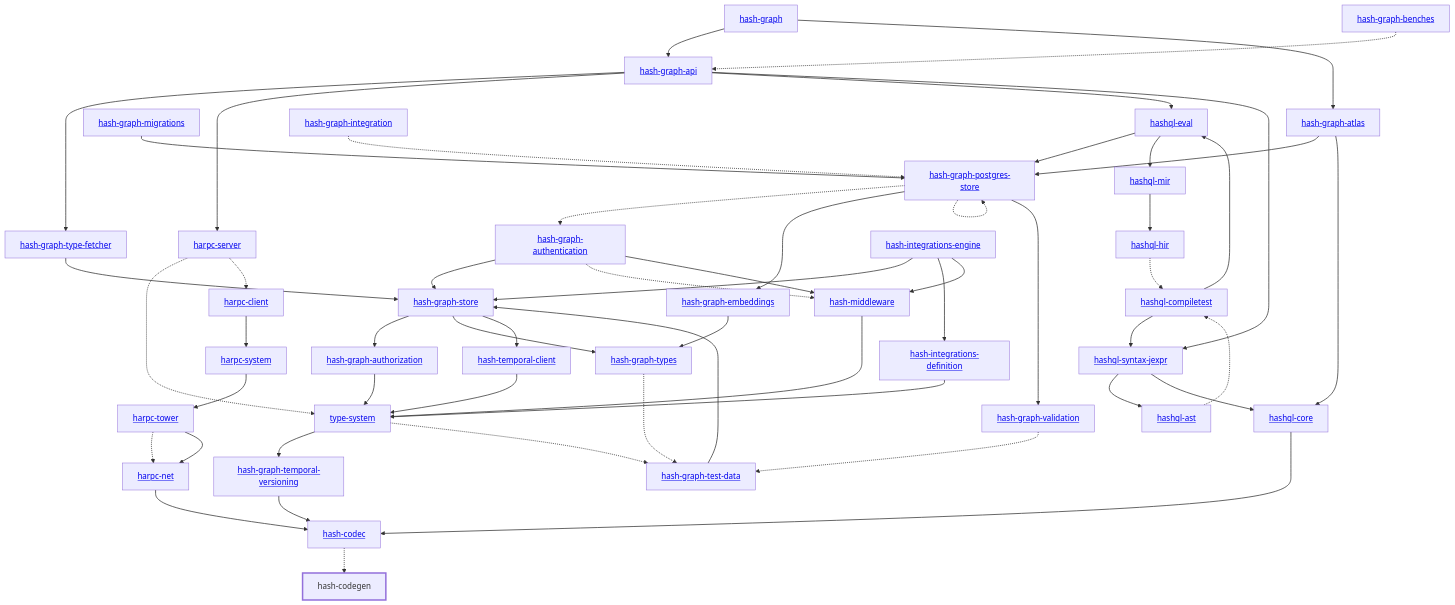
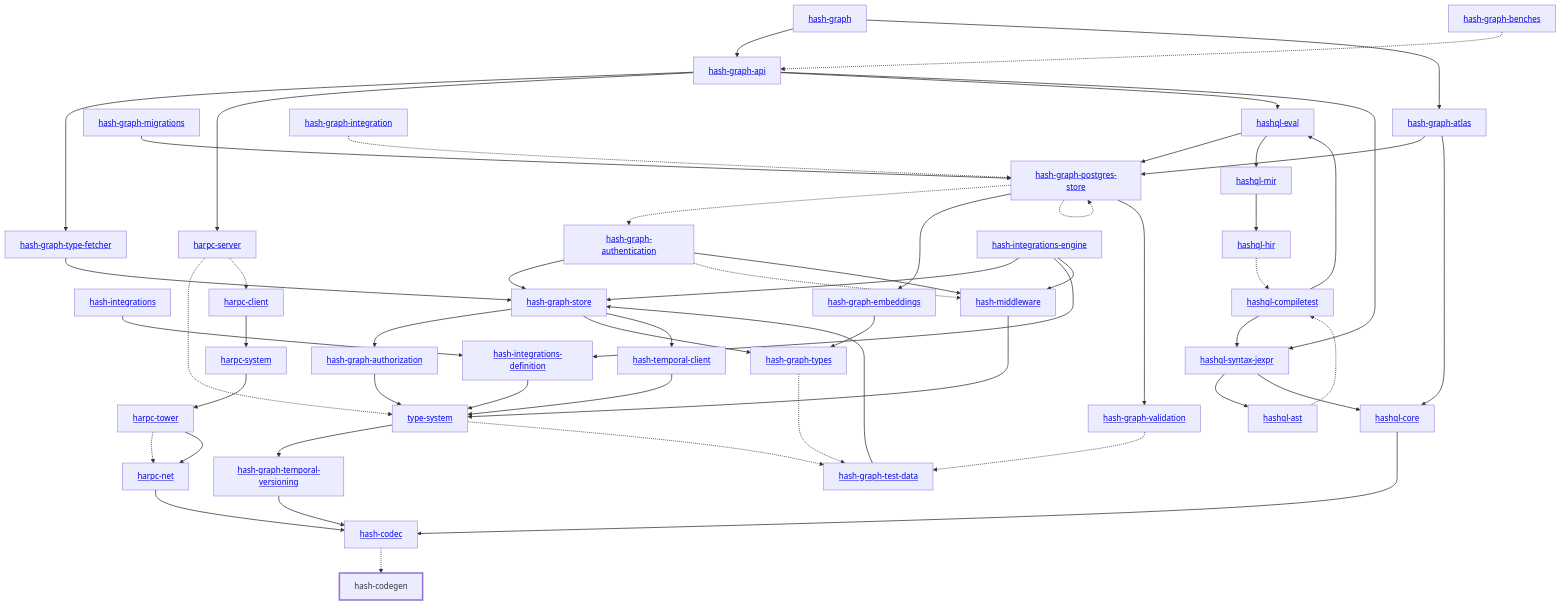
Before and after one commit to hashintel/hash: the diagram in libs/@local/codegen/docs/dependency-diagram.mmd, drawn with Mermaid. The commit also changed 17 other files, not shown here.

```diff
--- a/libs/@local/codegen/docs/dependency-diagram.mmd
+++ b/libs/@local/codegen/docs/dependency-diagram.mmd
@@ -1,100 +1,102 @@
 graph TD
     linkStyle default stroke-width:1.5px
     classDef default stroke-width:1px
     classDef root stroke-width:3px
     classDef dev stroke-width:1px
     classDef build stroke-width:1px
     %% Legend
     %% --> : Normal dependency
     %% -.-> : Dev dependency
     %% ---> : Build dependency
     0[<a href="../hash_graph/index.html">hash-graph</a>]
-    1[<a href="../type_system/index.html">type-system</a>]
-    2[<a href="../hash_codec/index.html">hash-codec</a>]
-    3[hash-codegen]
-    class 3 root
-    4[<a href="../hash_graph_api/index.html">hash-graph-api</a>]
-    5[<a href="../hash_graph_atlas/index.html">hash-graph-atlas</a>]
-    6[<a href="../hash_graph_authentication/index.html">hash-graph-authentication</a>]
-    7[<a href="../hash_graph_authorization/index.html">hash-graph-authorization</a>]
-    8[<a href="../hash_graph_embeddings/index.html">hash-graph-embeddings</a>]
-    9[<a href="../hash_graph_migrations/index.html">hash-graph-migrations</a>]
-    10[<a href="../hash_graph_postgres_store/index.html">hash-graph-postgres-store</a>]
-    11[<a href="../hash_graph_store/index.html">hash-graph-store</a>]
-    12[<a href="../hash_graph_temporal_versioning/index.html">hash-graph-temporal-versioning</a>]
-    13[<a href="../hash_graph_type_fetcher/index.html">hash-graph-type-fetcher</a>]
-    14[<a href="../hash_graph_types/index.html">hash-graph-types</a>]
-    15[<a href="../hash_graph_validation/index.html">hash-graph-validation</a>]
-    16[<a href="../harpc_client/index.html">harpc-client</a>]
-    17[<a href="../harpc_net/index.html">harpc-net</a>]
-    18[<a href="../harpc_server/index.html">harpc-server</a>]
-    19[<a href="../harpc_system/index.html">harpc-system</a>]
-    20[<a href="../harpc_tower/index.html">harpc-tower</a>]
-    21[<a href="../hashql_ast/index.html">hashql-ast</a>]
-    22[<a href="../hashql_compiletest/index.html">hashql-compiletest</a>]
-    23[<a href="../hashql_core/index.html">hashql-core</a>]
-    24[<a href="../hashql_eval/index.html">hashql-eval</a>]
-    25[<a href="../hashql_hir/index.html">hashql-hir</a>]
-    26[<a href="../hashql_mir/index.html">hashql-mir</a>]
-    27[<a href="../hashql_syntax_jexpr/index.html">hashql-syntax-jexpr</a>]
-    28[<a href="../hash_integrations_definition/index.html">hash-integrations-definition</a>]
-    29[<a href="../hash_integrations_engine/index.html">hash-integrations-engine</a>]
-    30[<a href="../hash_middleware/index.html">hash-middleware</a>]
-    31[<a href="../hash_temporal_client/index.html">hash-temporal-client</a>]
-    32[<a href="../hash_graph_benches/index.html">hash-graph-benches</a>]
-    33[<a href="../hash_graph_integration/index.html">hash-graph-integration</a>]
-    34[<a href="../hash_graph_test_data/index.html">hash-graph-test-data</a>]
-    0 --> 4
+    1[<a href="../hash_integrations/index.html">hash-integrations</a>]
+    2[<a href="../type_system/index.html">type-system</a>]
+    3[<a href="../hash_codec/index.html">hash-codec</a>]
+    4[hash-codegen]
+    class 4 root
+    5[<a href="../hash_graph_api/index.html">hash-graph-api</a>]
+    6[<a href="../hash_graph_atlas/index.html">hash-graph-atlas</a>]
+    7[<a href="../hash_graph_authentication/index.html">hash-graph-authentication</a>]
+    8[<a href="../hash_graph_authorization/index.html">hash-graph-authorization</a>]
+    9[<a href="../hash_graph_embeddings/index.html">hash-graph-embeddings</a>]
+    10[<a href="../hash_graph_migrations/index.html">hash-graph-migrations</a>]
+    11[<a href="../hash_graph_postgres_store/index.html">hash-graph-postgres-store</a>]
+    12[<a href="../hash_graph_store/index.html">hash-graph-store</a>]
+    13[<a href="../hash_graph_temporal_versioning/index.html">hash-graph-temporal-versioning</a>]
+    14[<a href="../hash_graph_type_fetcher/index.html">hash-graph-type-fetcher</a>]
+    15[<a href="../hash_graph_types/index.html">hash-graph-types</a>]
+    16[<a href="../hash_graph_validation/index.html">hash-graph-validation</a>]
+    17[<a href="../harpc_client/index.html">harpc-client</a>]
+    18[<a href="../harpc_net/index.html">harpc-net</a>]
+    19[<a href="../harpc_server/index.html">harpc-server</a>]
+    20[<a href="../harpc_system/index.html">harpc-system</a>]
+    21[<a href="../harpc_tower/index.html">harpc-tower</a>]
+    22[<a href="../hashql_ast/index.html">hashql-ast</a>]
+    23[<a href="../hashql_compiletest/index.html">hashql-compiletest</a>]
+    24[<a href="../hashql_core/index.html">hashql-core</a>]
+    25[<a href="../hashql_eval/index.html">hashql-eval</a>]
+    26[<a href="../hashql_hir/index.html">hashql-hir</a>]
+    27[<a href="../hashql_mir/index.html">hashql-mir</a>]
+    28[<a href="../hashql_syntax_jexpr/index.html">hashql-syntax-jexpr</a>]
+    29[<a href="../hash_integrations_definition/index.html">hash-integrations-definition</a>]
+    30[<a href="../hash_integrations_engine/index.html">hash-integrations-engine</a>]
+    31[<a href="../hash_middleware/index.html">hash-middleware</a>]
+    32[<a href="../hash_temporal_client/index.html">hash-temporal-client</a>]
+    33[<a href="../hash_graph_benches/index.html">hash-graph-benches</a>]
+    34[<a href="../hash_graph_integration/index.html">hash-graph-integration</a>]
+    35[<a href="../hash_graph_test_data/index.html">hash-graph-test-data</a>]
     0 --> 5
-    1 --> 12
-    1 -.-> 34
-    2 -.-> 3
-    4 --> 13
-    4 --> 18
-    4 --> 24
-    4 --> 27
-    5 --> 10
-    5 --> 23
+    0 --> 6
+    1 --> 29
+    2 --> 13
+    2 -.-> 35
+    3 -.-> 4
+    5 --> 14
+    5 --> 19
+    5 --> 25
+    5 --> 28
     6 --> 11
-    6 -.-> 30
-    6 --> 30
-    7 --> 1
-    8 --> 14
-    9 --> 10
-    10 -.-> 6
-    10 --> 8
-    10 -.-> 10
-    10 --> 15
-    11 --> 7
-    11 --> 14
-    11 --> 31
-    12 --> 2
-    13 --> 11
-    14 -.-> 34
-    15 -.-> 34
-    16 --> 19
-    17 --> 2
-    18 -.-> 1
-    18 -.-> 16
-    19 --> 20
-    20 -.-> 17
-    20 --> 17
-    21 -.-> 22
-    22 --> 24
-    22 --> 27
-    23 --> 2
-    24 --> 10
-    24 --> 26
-    25 -.-> 22
-    26 --> 25
-    27 --> 21
-    27 --> 23
-    28 --> 1
-    29 --> 11
-    29 --> 28
-    29 --> 30
-    30 --> 1
-    31 --> 1
-    32 -.-> 4
-    33 -.-> 10
-    34 --> 11
+    6 --> 24
+    7 --> 12
+    7 -.-> 31
+    7 --> 31
+    8 --> 2
+    9 --> 15
+    10 --> 11
+    11 -.-> 7
+    11 --> 9
+    11 -.-> 11
+    11 --> 16
+    12 --> 8
+    12 --> 15
+    12 --> 32
+    13 --> 3
+    14 --> 12
+    15 -.-> 35
+    16 -.-> 35
+    17 --> 20
+    18 --> 3
+    19 -.-> 2
+    19 -.-> 17
+    20 --> 21
+    21 -.-> 18
+    21 --> 18
+    22 -.-> 23
+    23 --> 25
+    23 --> 28
+    24 --> 3
+    25 --> 11
+    25 --> 27
+    26 -.-> 23
+    27 --> 26
+    28 --> 22
+    28 --> 24
+    29 --> 2
+    30 --> 12
+    30 --> 29
+    30 --> 31
+    31 --> 2
+    32 --> 2
+    33 -.-> 5
+    34 -.-> 11
+    35 --> 12
```
